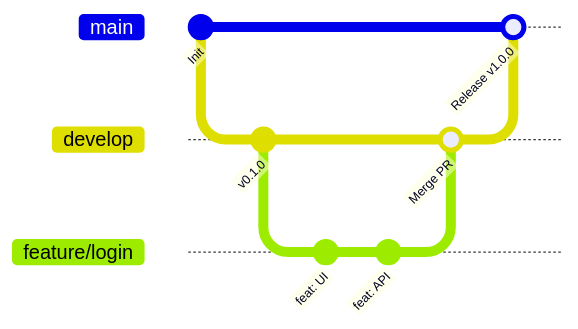
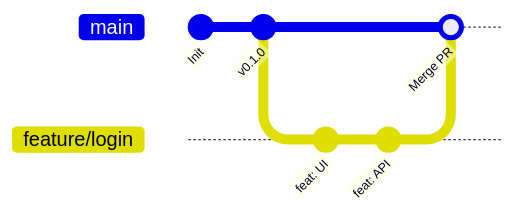
One commit to ShinhanDSProject/shinhan-delivery changed the diagram in docs/git-flow-guide.md. Above: the diagram before and after it, drawn with Mermaid. The commit also changed other lines of this file and 7 other files, not shown here.

First line of the commit message:
docs: Git Flow 문서를 main 단일 브랜치 전략으로 갱신 (#200)

````diff
--- a/docs/git-flow-guide.md
+++ b/docs/git-flow-guide.md
@@ -25,15 +25,11 @@
 ```mermaid
 gitGraph
     commit id: "Init"
-    branch develop
-    checkout develop
     commit id: "v0.1.0"
     branch feature/login
     checkout feature/login
     commit id: "feat: UI"
     commit id: "feat: API"
-    checkout develop
+    checkout main
     merge feature/login id: "Merge PR"
-    checkout main
-    merge develop id: "Release v1.0.0"
 ```
````
